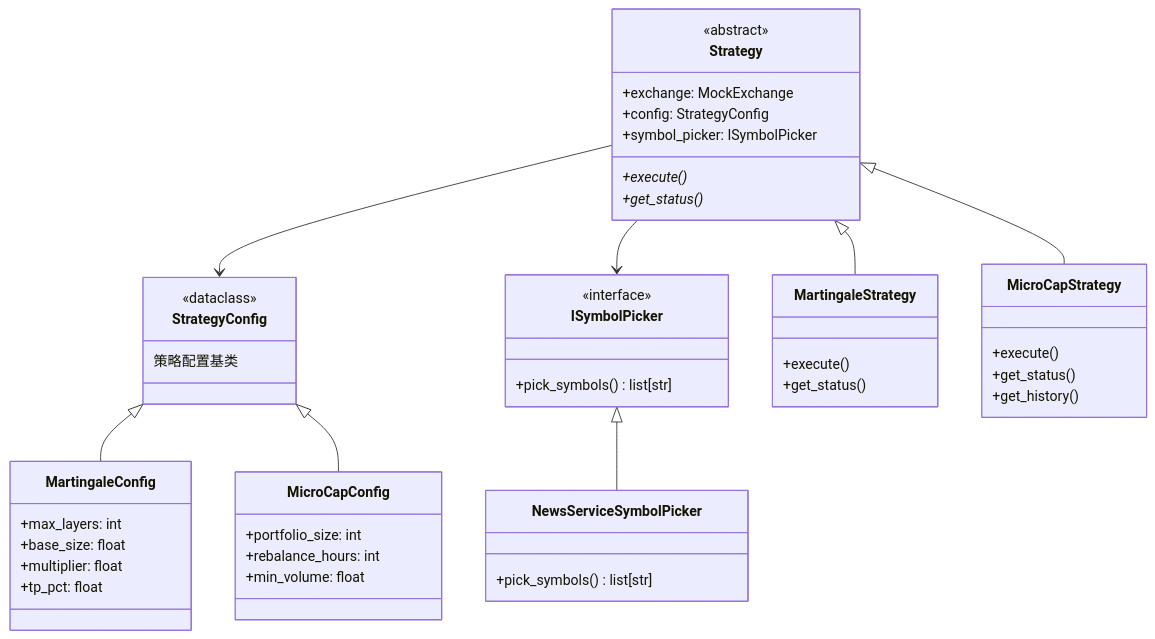
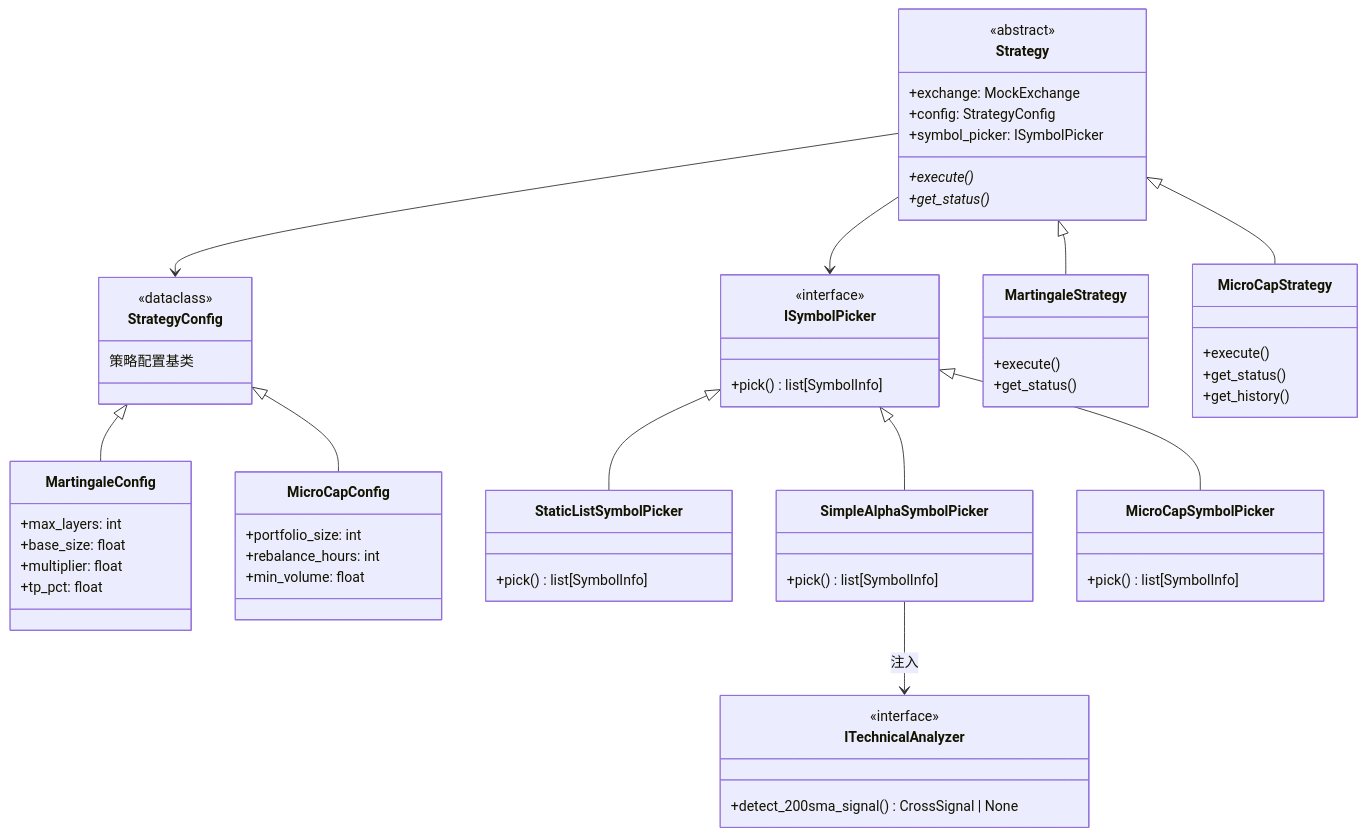
The first of 5 diagrams in architecture_document/04-strategy-engine.md (cqlwm/trading-service), drawn with Mermaid before and after one commit. The commit also changed other lines of this file and 15 other files, not shown here.

First line of the commit message:
fix: 修复 SymbolPicker 与 TechnicalAnalyzer 架构设计问题

````diff
--- a/architecture_document/04-strategy-engine.md
+++ b/architecture_document/04-strategy-engine.md
@@ -7,60 +7,76 @@
 ```mermaid
 classDiagram
     class Strategy {
         <<abstract>>
         +exchange: MockExchange
         +config: StrategyConfig
         +symbol_picker: ISymbolPicker
         +execute()*
         +get_status()*
     }
 
     class StrategyConfig {
         <<dataclass>>
         策略配置基类
     }
 
     class ISymbolPicker {
         <<interface>>
-        +pick_symbols() list[str]
+        +pick() list[SymbolInfo]
     }
 
     class MartingaleStrategy {
         +execute()
         +get_status()
     }
 
     class MartingaleConfig {
         +max_layers: int
         +base_size: float
         +multiplier: float
         +tp_pct: float
     }
 
     class MicroCapStrategy {
         +execute()
         +get_status()
         +get_history()
     }
 
     class MicroCapConfig {
         +portfolio_size: int
         +rebalance_hours: int
         +min_volume: float
     }
 
-    class NewsServiceSymbolPicker {
-        +pick_symbols() list[str]
+    class StaticListSymbolPicker {
+        +pick() list[SymbolInfo]
+    }
+
+    class SimpleAlphaSymbolPicker {
+        +pick() list[SymbolInfo]
+    }
+
+    class MicroCapSymbolPicker {
+        +pick() list[SymbolInfo]
+    }
+
+    class ITechnicalAnalyzer {
+        <<interface>>
+        +detect_200sma_signal() CrossSignal | None
     }
 
     Strategy --> StrategyConfig
     Strategy --> ISymbolPicker
-    
+
     Strategy <|-- MartingaleStrategy
     Strategy <|-- MicroCapStrategy
-    
+
     StrategyConfig <|-- MartingaleConfig
     StrategyConfig <|-- MicroCapConfig
-    
-    ISymbolPicker <|-- NewsServiceSymbolPicker
+
+    ISymbolPicker <|-- StaticListSymbolPicker
+    ISymbolPicker <|-- SimpleAlphaSymbolPicker
+    ISymbolPicker <|-- MicroCapSymbolPicker
+    SimpleAlphaSymbolPicker --> ITechnicalAnalyzer : 注入
 ```
````
